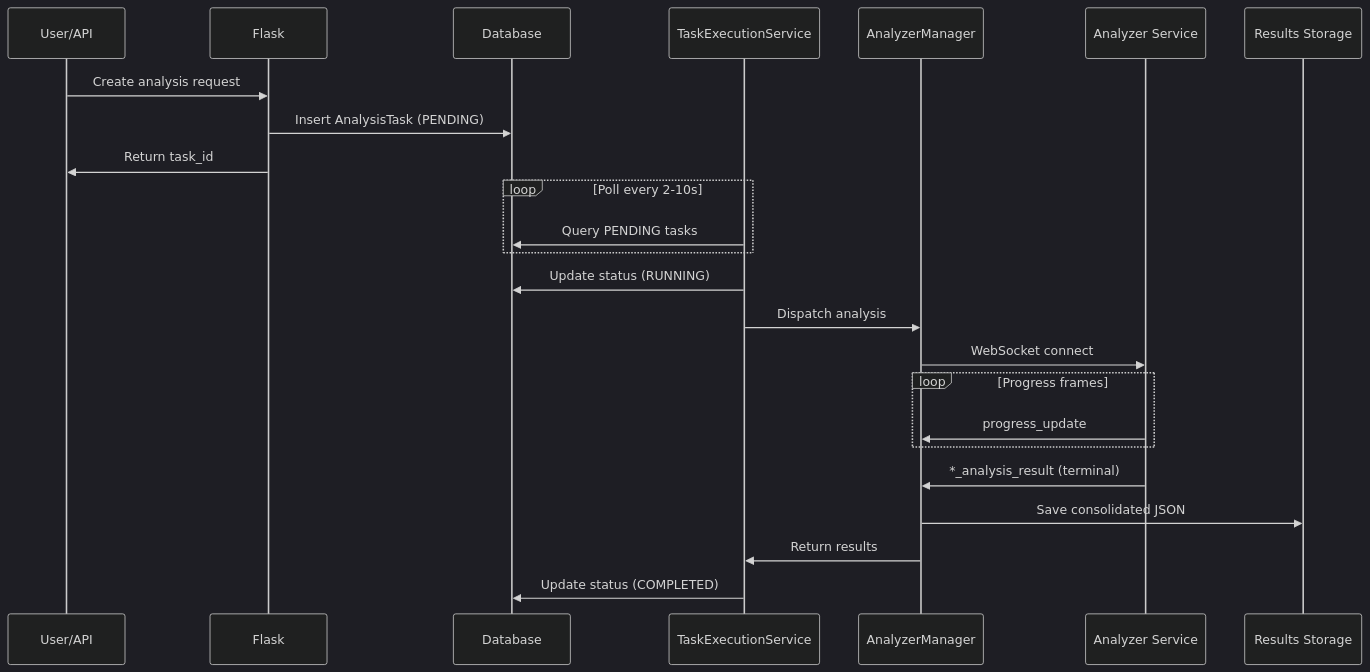
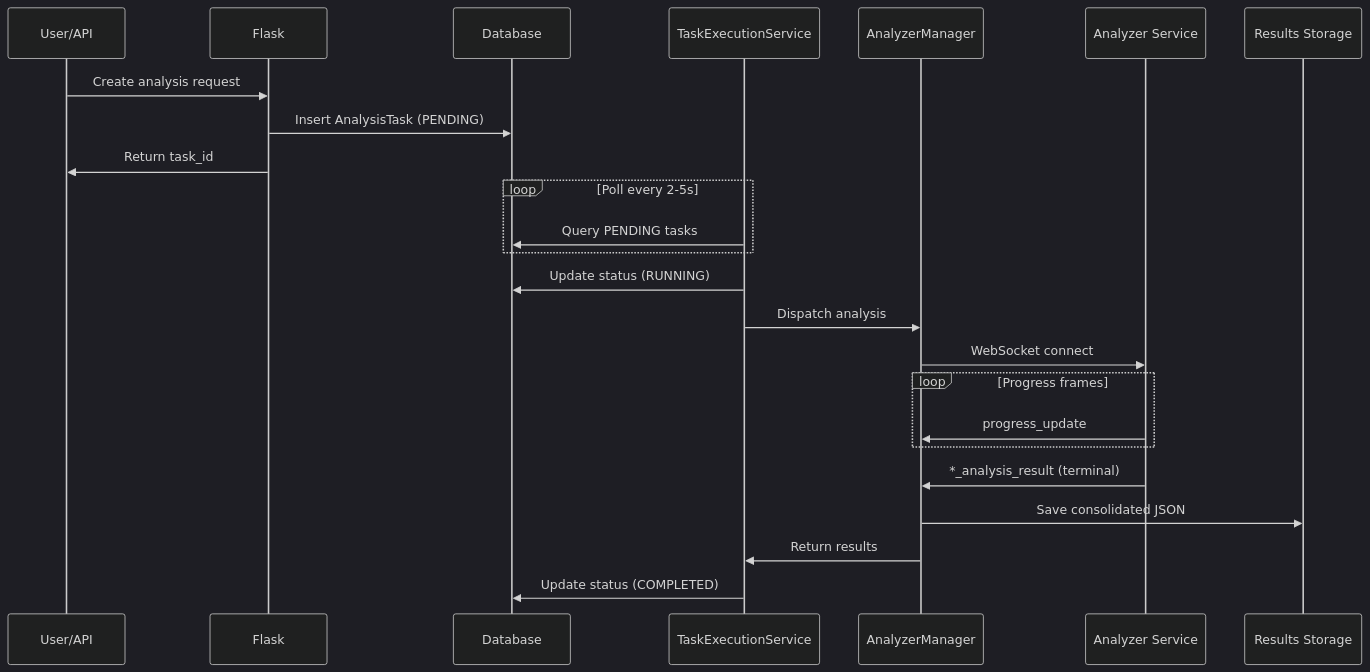
The third of 8 diagrams in docs/ARCHITECTURE.md (GrabowMar/ThesisAppRework), drawn with Mermaid (dark theme) before and after one commit. The commit also changed other lines of this file and 9 other files, not shown here.

````diff
--- a/docs/ARCHITECTURE.md
+++ b/docs/ARCHITECTURE.md
@@ -117,31 +117,31 @@
 ```mermaid
 sequenceDiagram
     participant U as User/API
     participant F as Flask
     participant DB as Database
     participant T as TaskExecutionService
     participant A as AnalyzerManager
     participant S as Analyzer Service
     participant R as Results Storage
 
     U->>F: Create analysis request
     F->>DB: Insert AnalysisTask (PENDING)
     F->>U: Return task_id
 
-    loop Poll every 2-10s
+    loop Poll every 2-5s
         T->>DB: Query PENDING tasks
     end
 
     T->>DB: Update status (RUNNING)
     T->>A: Dispatch analysis
     A->>S: WebSocket connect
     
     loop Progress frames
         S->>A: progress_update
     end
     
     S->>A: *_analysis_result (terminal)
     A->>R: Save consolidated JSON
     A->>T: Return results
     T->>DB: Update status (COMPLETED)
 ```
````
